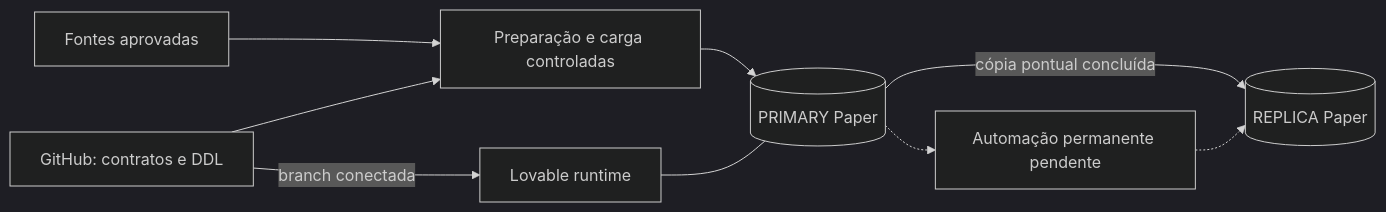
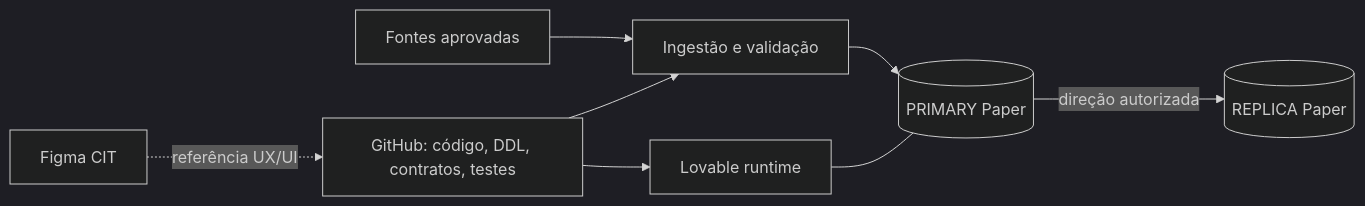
One commit to Kaue-EDBS/papercomercialv2 changed the diagram in README.md. Above: the diagram before and after it, drawn with Mermaid (dark theme). The commit also changed other lines of this file, not shown here.

Commit message:
docs: atualizar estado real do CIT V2 em 16-09-2026

````diff
--- a/README.md
+++ b/README.md
@@ -54,11 +30,10 @@
 ```mermaid
 flowchart LR
-    F["Fontes aprovadas"] --> C["Preparação e carga controladas"]
-    G["GitHub: contratos e DDL"] --> C
-    G -->|"branch conectada"| L["Lovable runtime"]
-    C --> P[("PRIMARY Paper")]
+    S["Fontes aprovadas"] --> I["Ingestão e validação"]
+    G["GitHub: código, DDL, contratos, testes"] --> I
+    G --> L["Lovable runtime"]
+    I --> P[("PRIMARY Paper")]
     L --- P
-    P -->|"cópia pontual concluída"| R[("REPLICA Paper")]
-    P -.-> A["Automação permanente pendente"]
-    A -.-> R
+    P -->|"direção autorizada"| R[("REPLICA Paper")]
+    F["Figma CIT"] -.->|"referência UX/UI"| G
 ```
````
